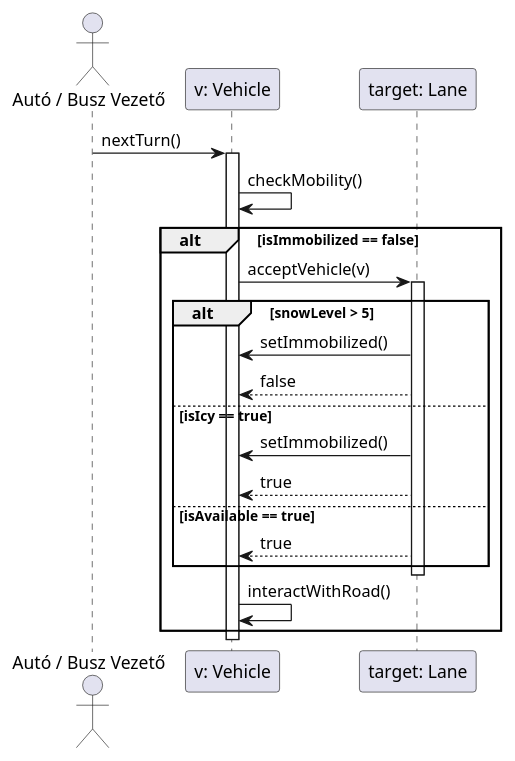
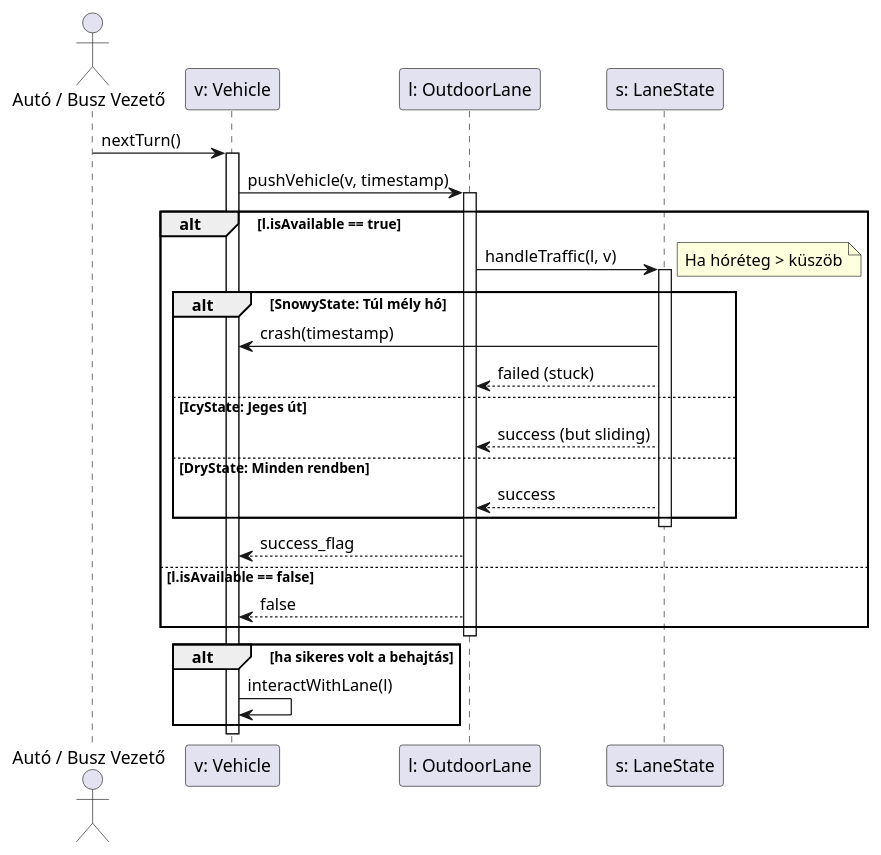
The diagram in docs/04/diagrams/sequence/01.puml (toth-andor/UneNotteANapoli), drawn with PlantUML before and after one commit. The commit also changed 3 other files, not shown here.

Commit message:
A korábbi négy diagramm teljes átdolgozása a visszajelzésnek megfelelően

```diff
--- a/docs/04/diagrams/sequence/01.puml
+++ b/docs/04/diagrams/sequence/01.puml
@@ -1,27 +1,40 @@
 @startuml
 actor "Autó / Busz Vezető" as A
 participant "v: Vehicle" as V
-participant "target: Lane" as L
+participant "l: OutdoorLane" as L
+participant "s: LaneState" as S
 
 A -> V : nextTurn()
 activate V
-    V -> V : checkMobility()
     
-    alt isImmobilized == false
-        V -> L : acceptVehicle(v)
-        activate L
-            alt snowLevel > 5
-                L -> V : setImmobilized()
-                L --> V : false
-            else isIcy == true
-                L -> V : setImmobilized()
-                L --> V : true
-            else isAvailable == true
-                L --> V : true
-            end
-        deactivate L
+    V -> L : pushVehicle(v, timestamp)
+    activate L
         
-        V -> V : interactWithRoad()
+        alt l.isAvailable == true
+            L -> S : handleTraffic(l, v)
+            activate S
+                
+                alt SnowyState: Túl mély hó
+                    note right: Ha hóréteg > küszöb
+                    S -> V : crash(timestamp)
+                    S --> L : failed (stuck)
+                else IcyState: Jeges út
+                    S --> L : success (but sliding)
+                else DryState: Minden rendben
+                    S --> L : success
+                end
+                
+            deactivate S
+            L --> V : success_flag
+        else l.isAvailable == false
+            L --> V : false
+        end
+        
+    deactivate L
+
+    alt ha sikeres volt a behajtás
+        V -> V : interactWithLane(l)
     end
+
 deactivate V
 @enduml
```
